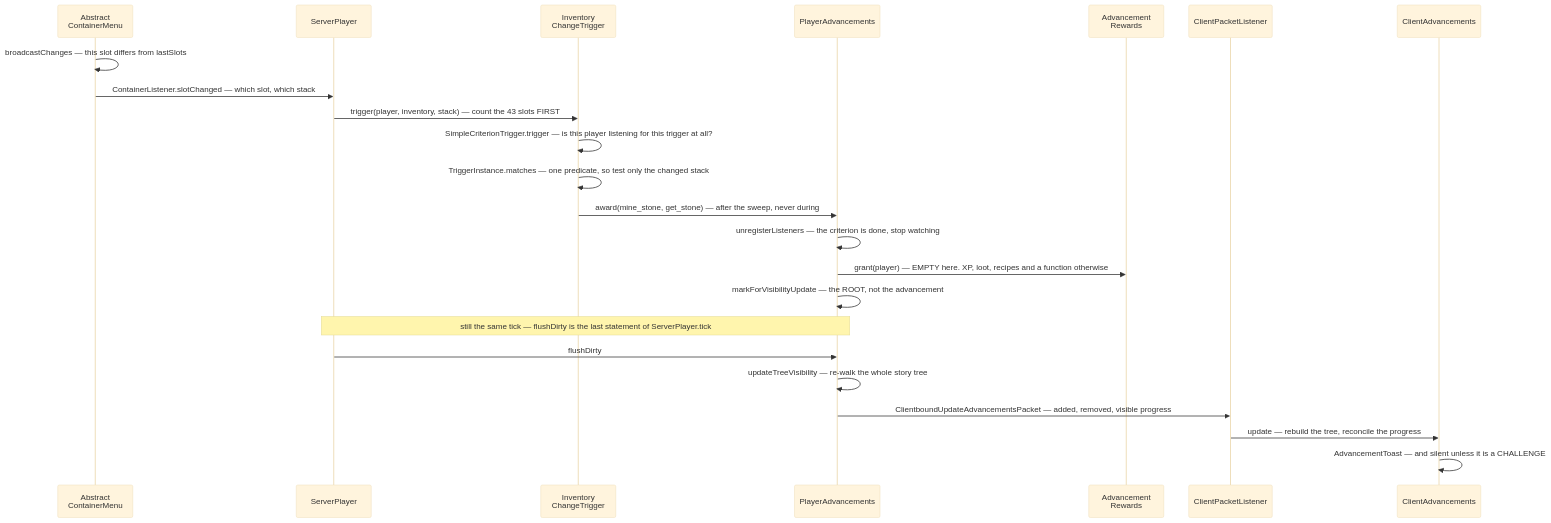
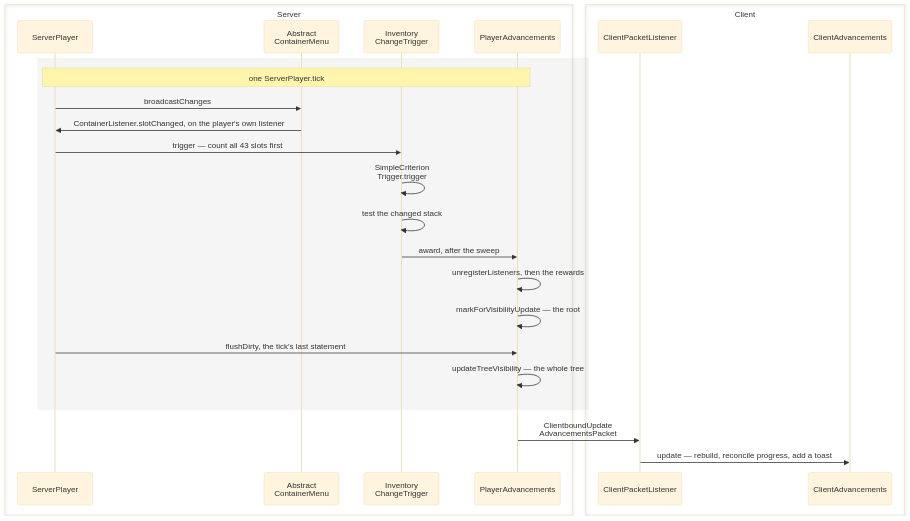
One commit to AlexanderjFraser/MinecraftDocs changed the diagram in src/systems/commands/advancements.md. Above: the diagram before and after it, drawn with Mermaid (base theme). The commit also changed other lines of this file and 16 other files, not shown here.

````diff
--- a/src/systems/commands/advancements.md
+++ b/src/systems/commands/advancements.md
@@ -58,26 +58,29 @@
 ```mermaid
 sequenceDiagram
+    box Server
+    participant SP as ServerPlayer
     participant ACM as Abstract<br/>ContainerMenu
-    participant SP as ServerPlayer
     participant ICT as Inventory<br/>ChangeTrigger
     participant PA as PlayerAdvancements
-    participant AR as Advancement<br/>Rewards
+    end
+    box Client
     participant CPL as ClientPacketListener
     participant CAdv as ClientAdvancements
+    end
 
-    ACM->>ACM: broadcastChanges — this slot differs from lastSlots
-    ACM->>SP: ContainerListener.slotChanged — which slot, which stack
-    SP->>ICT: trigger(player, inventory, stack) — count the 43 slots FIRST
-    ICT->>ICT: SimpleCriterionTrigger.trigger — is this player listening for this trigger at all?
-    ICT->>ICT: TriggerInstance.matches — one predicate, so test only the changed stack
-    ICT->>PA: award(mine_stone, get_stone) — after the sweep, never during
-    PA->>PA: unregisterListeners — the criterion is done, stop watching
-    PA->>AR: grant(player) — EMPTY here. XP, loot, recipes and a function otherwise
-    PA->>PA: markForVisibilityUpdate — the ROOT, not the advancement
-    Note over SP,PA: still the same tick — flushDirty is the last statement of ServerPlayer.tick
-    SP->>PA: flushDirty
-    PA->>PA: updateTreeVisibility — re-walk the whole story tree
-    PA->>CPL: ClientboundUpdateAdvancementsPacket — added, removed, visible progress
-    CPL->>CAdv: update — rebuild the tree, reconcile the progress
-    CAdv->>CAdv: AdvancementToast — and silent unless it is a CHALLENGE
+    rect rgba(0, 0, 0, 0.04)
+    Note over SP,PA: one ServerPlayer.tick
+    SP->>ACM: broadcastChanges
+    ACM->>SP: ContainerListener.slotChanged, on the player's own listener
+    SP->>ICT: trigger — count all 43 slots first
+    ICT->>ICT: SimpleCriterion<br/>Trigger.trigger
+    ICT->>ICT: test the changed stack
+    ICT->>PA: award, after the sweep
+    PA->>PA: unregisterListeners, then the rewards
+    PA->>PA: markForVisibilityUpdate — the root
+    SP->>PA: flushDirty, the tick's last statement
+    PA->>PA: updateTreeVisibility — the whole tree
+    end
+    PA->>CPL: ClientboundUpdate<br/>AdvancementsPacket
+    CPL->>CAdv: update — rebuild, reconcile progress, add a toast
 ```
````
